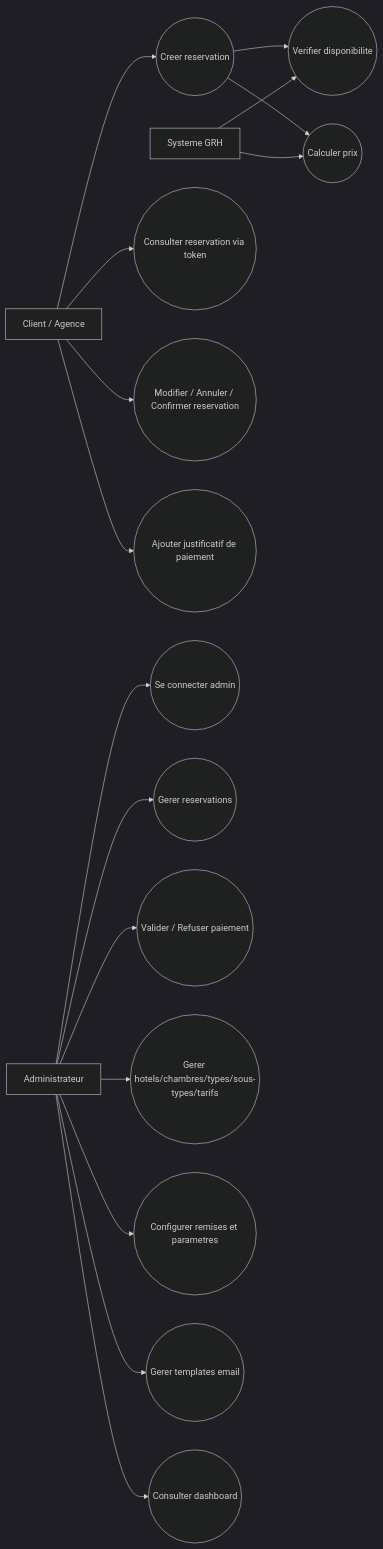
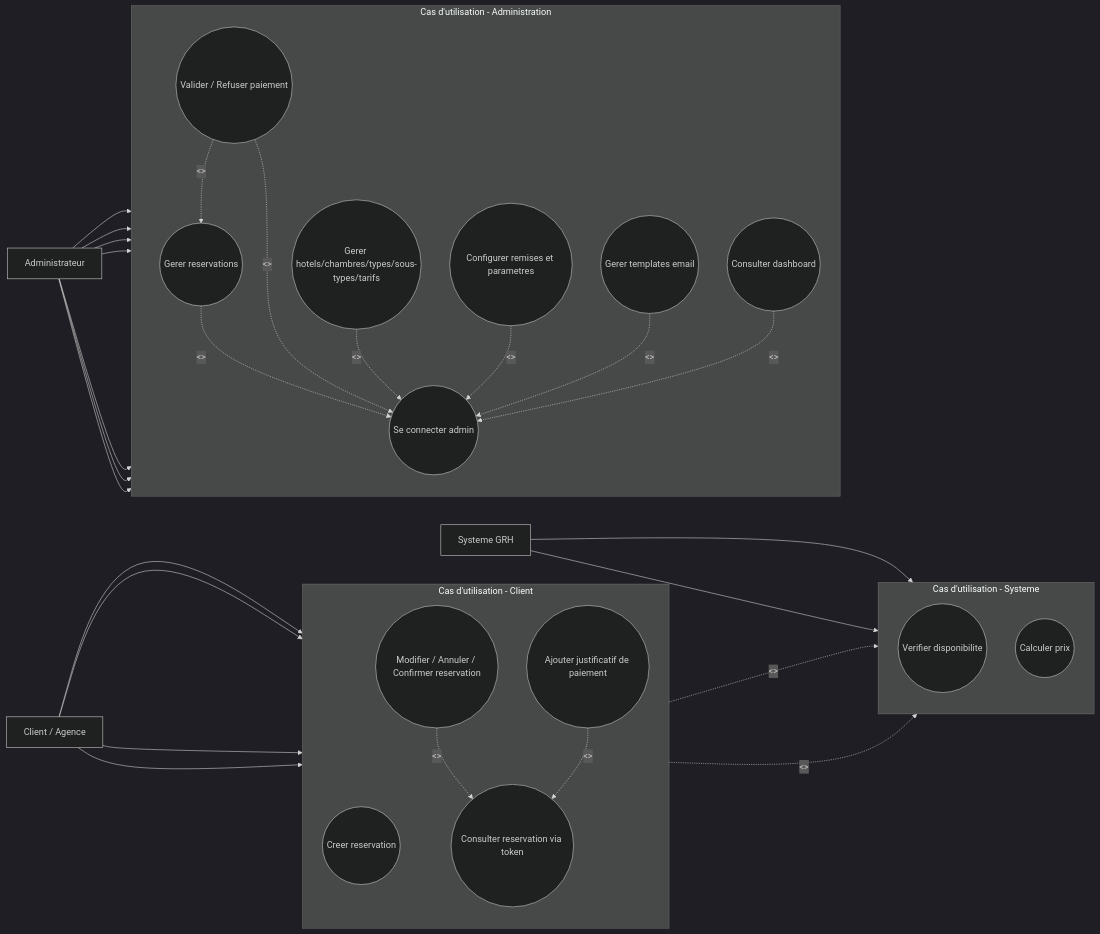
Before and after one commit to med-jalim/GRH: the diagram in diagrams/use-case.mmd, drawn with Mermaid (dark theme). The commit also changed 21 other files, not shown here.

```diff
--- a/diagrams/use-case.mmd
+++ b/diagrams/use-case.mmd
@@ -1,36 +1,57 @@
 flowchart LR
     Client[Client / Agence]
     Admin[Administrateur]
     Sys[Systeme GRH]
 
-    UC1((Creer reservation))
-    UC2((Verifier disponibilite))
-    UC3((Calculer prix))
-    UC4((Consulter reservation via token))
-    UC5((Modifier / Annuler / Confirmer reservation))
-    UC6((Ajouter justificatif de paiement))
-    UC7((Se connecter admin))
-    UC8((Gerer reservations))
-    UC9((Valider / Refuser paiement))
-    UC10((Gerer hotels/chambres/types/sous-types/tarifs))
-    UC11((Configurer remises et parametres))
-    UC12((Gerer templates email))
-    UC13((Consulter dashboard))
+    subgraph CLIENT["Cas d'utilisation - Client"]
+        direction TB
+        UC1((Creer reservation))
+        UC4((Consulter reservation via token))
+        UC5((Modifier / Annuler / Confirmer reservation))
+        UC6((Ajouter justificatif de paiement))
+    end
+
+    subgraph SYSTEME["Cas d'utilisation - Systeme"]
+        direction TB
+        UC2((Verifier disponibilite))
+        UC3((Calculer prix))
+    end
+
+    subgraph ADMIN["Cas d'utilisation - Administration"]
+        direction TB
+        UC7((Se connecter admin))
+        UC8((Gerer reservations))
+        UC9((Valider / Refuser paiement))
+        UC10((Gerer hotels/chambres/types/sous-types/tarifs))
+        UC11((Configurer remises et parametres))
+        UC12((Gerer templates email))
+        UC13((Consulter dashboard))
+    end
 
     Client --> UC1
     Client --> UC4
     Client --> UC5
     Client --> UC6
 
-    UC1 --> UC2
-    UC1 --> UC3
     Sys --> UC2
     Sys --> UC3
 
     Admin --> UC7
     Admin --> UC8
     Admin --> UC9
     Admin --> UC10
     Admin --> UC11
     Admin --> UC12
     Admin --> UC13
+
+    UC1 -. "<<include>>" .-> UC2
+    UC1 -. "<<include>>" .-> UC3
+    UC5 -. "<<extend>>" .-> UC4
+    UC6 -. "<<extend>>" .-> UC4
+    UC9 -. "<<extend>>" .-> UC8
+    UC8 -. "<<include>>" .-> UC7
+    UC9 -. "<<include>>" .-> UC7
+    UC10 -. "<<include>>" .-> UC7
+    UC11 -. "<<include>>" .-> UC7
+    UC12 -. "<<include>>" .-> UC7
+    UC13 -. "<<include>>" .-> UC7
```
